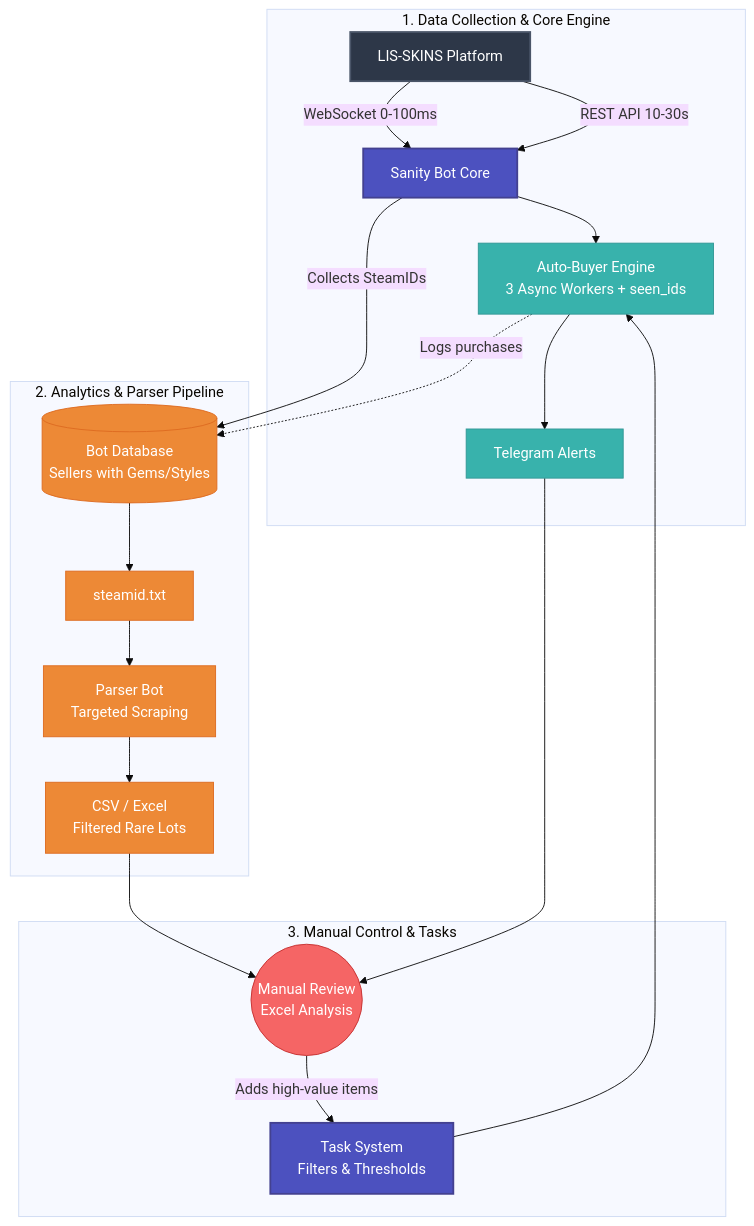
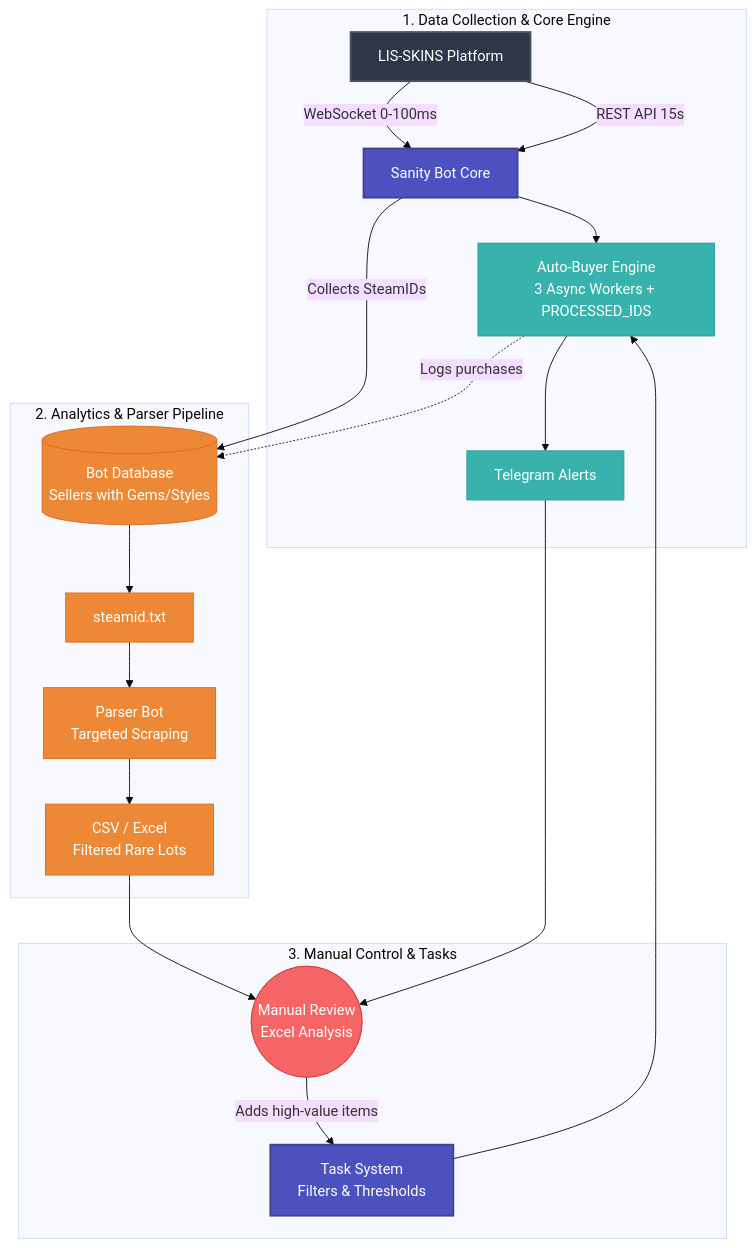
Before and after one commit to sleepti3ht/SanityBot: the diagram in README.md, drawn with Mermaid (base theme). The commit also changed other lines of this file, not shown here.

````diff
--- a/README.md
+++ b/README.md
@@ -49,36 +51,36 @@
 ```mermaid
 graph TD
 %% --- Styles ---
 classDef source fill:#2d3748,stroke:#4a5568,color:#fff,stroke-width:2px;
 classDef core fill:#4c51bf,stroke:#434190,color:#fff,stroke-width:2px;
 classDef auto fill:#38b2ac,stroke:#319795,color:#fff;
 classDef analytics fill:#ed8936,stroke:#dd6b20,color:#fff;
 classDef user fill:#f56565,stroke:#c53030,color:#fff;
 
 %% --- Block 1: Sources & Core Engine ---
 subgraph "1. Data Collection & Core Engine"
 A[LIS-SKINS Platform]:::source -->|WebSocket 0-100ms| B[Sanity Bot Core]:::core
-A -->|REST API 10-30s| B
-B --> C[Auto-Buyer Engine<br/>3 Async Workers + seen_ids]:::auto
+A -->|REST API 15s| B
+B --> C[Auto-Buyer Engine<br/>3 Async Workers + PROCESSED_IDS]:::auto
 C --> D[Telegram Alerts]:::auto
 end
 
 %% --- Block 2: Analytics Pipeline ---
 subgraph "2. Analytics & Parser Pipeline"
 B -->|Collects SteamIDs| E[(Bot Database<br/>Sellers with Gems/Styles)]:::analytics
 E --> F[steamid.txt]:::analytics
 F --> G[Parser Bot<br/>Targeted Scraping]:::analytics
 G --> H[CSV / Excel<br/>Filtered Rare Lots]:::analytics
 end
 
 %% --- Block 3: Manual Control & Feedback ---
 subgraph "3. Manual Control & Tasks"
 H --> I((Manual Review<br/>Excel Analysis)):::user
 I -->|Adds high-value items| J[Task System<br/>Filters & Thresholds]:::core
 J --> C
 D --> I
 end
 
 %% --- Connections ---
 C -.->|Logs purchases| E
 ```
````
